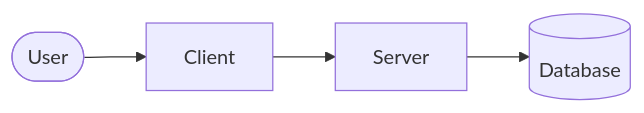
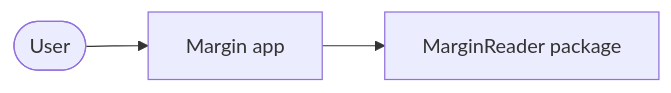
One commit to tomchen86/Margin changed the diagram in docs/architecture.md. Above: the diagram before and after it, drawn with Mermaid. The commit also changed other lines of this file and 19 other files, not shown here.

First line of the commit message:
Project foundation: Xcode project, MarginReader package, tests, lint, CI (#26)

````diff
--- a/docs/architecture.md
+++ b/docs/architecture.md
@@ -5,6 +5,5 @@
 ```mermaid
 flowchart LR
-  user([User]) --> client[Client]
-  client --> server[Server]
-  server --> db[(Database)]
+  user([User]) --> app[Margin app]
+  app --> reader[MarginReader package]
 ```
````
